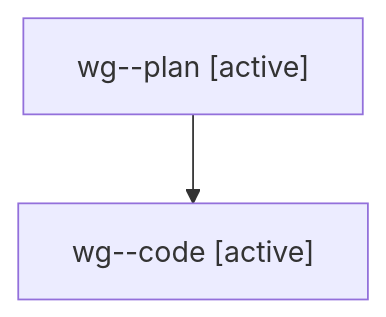
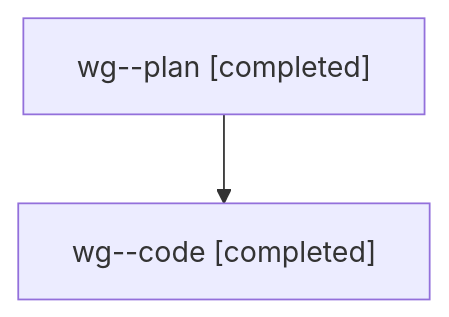
One commit to sase-org/sase--agents changed the diagram in families/bbugyi200.athena.wg.md. Above: the diagram before and after it, drawn with Mermaid. The commit also changed other lines of this file and 1475 other files, not shown here.

````diff
--- a/families/bbugyi200.athena.wg.md
+++ b/families/bbugyi200.athena.wg.md
@@ -9,6 +9,6 @@
 ```mermaid
 flowchart TD
-  n0["wg--plan [active]"]
-  n1["wg--code [active]"]
+  n0["wg--plan [completed]"]
+  n1["wg--code [completed]"]
   n0 --> n1
 ```
````
